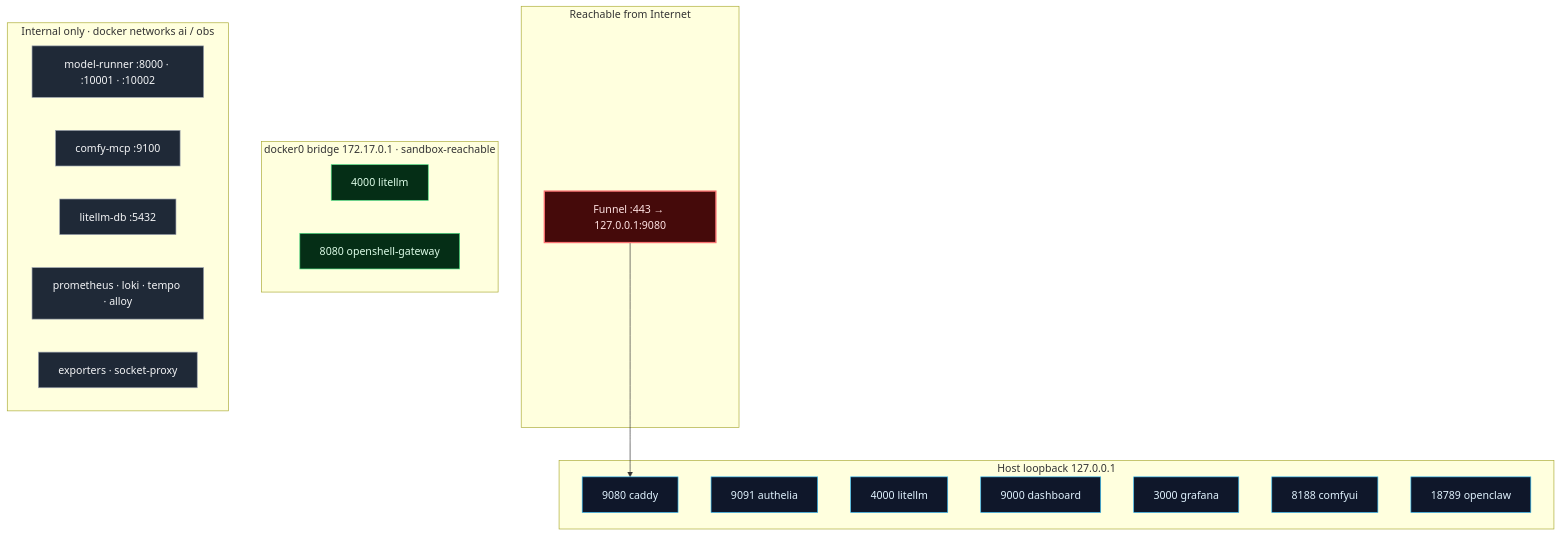
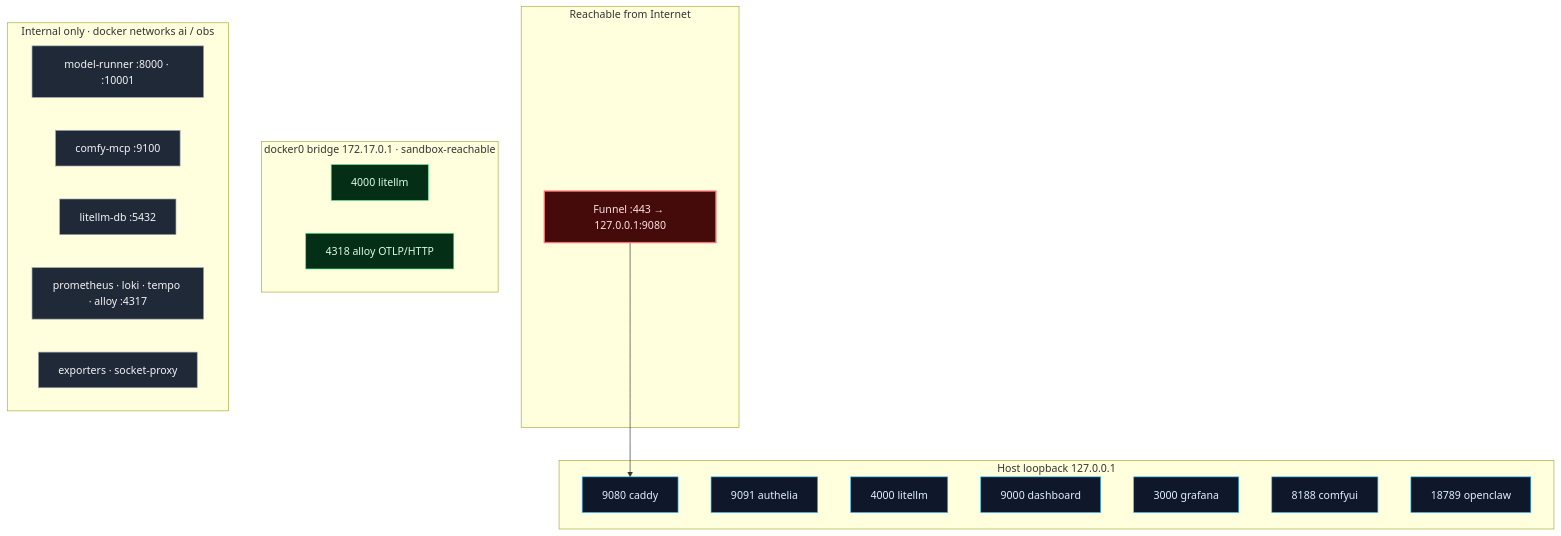
Before and after one commit to ravikiranvs/gb10-ai-stack: the sixth of 15 diagrams in gb10-agent-stack.md, drawn with Mermaid. The commit also changed other lines of this file and 21 other files, not shown here.

````diff
--- a/gb10-agent-stack.md
+++ b/gb10-agent-stack.md
@@ -364,36 +364,36 @@
 ```mermaid
 flowchart TB
     subgraph PUB["Reachable from Internet"]
         FUN["Funnel :443 → 127.0.0.1:9080"]
     end
     subgraph LO["Host loopback 127.0.0.1"]
         L1["9080 caddy"]
         L2["9091 authelia"]
         L3["4000 litellm"]
         L4["9000 dashboard"]
         L5["3000 grafana"]
         L6["8188 comfyui"]
         L7["18789 openclaw"]
     end
     subgraph BR["docker0 bridge 172.17.0.1 · sandbox-reachable"]
         B1["4000 litellm"]
-        B2["8080 openshell-gateway"]
+        B3["4318 alloy OTLP/HTTP"]
     end
     subgraph INT["Internal only · docker networks ai / obs"]
-        I1["model-runner :8000 · :10001 · :10002"]
+        I1["model-runner :8000 · :10001"]
         I2["comfy-mcp :9100"]
         I3["litellm-db :5432"]
-        I4["prometheus · loki · tempo · alloy"]
+        I4["prometheus · loki · tempo · alloy :4317"]
         I5["exporters · socket-proxy"]
     end
     FUN --> L1
 
     classDef p fill:#450a0a,stroke:#f87171,color:#fee2e2,stroke-width:2px
     classDef l fill:#0f172a,stroke:#38bdf8,color:#e0f2fe
     classDef b fill:#052e16,stroke:#4ade80,color:#dcfce7
     classDef i fill:#1f2937,stroke:#9ca3af,color:#f3f4f6
     class FUN p
     class L1,L2,L3,L4,L5,L6,L7 l
-    class B1,B2 b
+    class B1,B2,B3 b
     class I1,I2,I3,I4,I5 i
 ```
````
